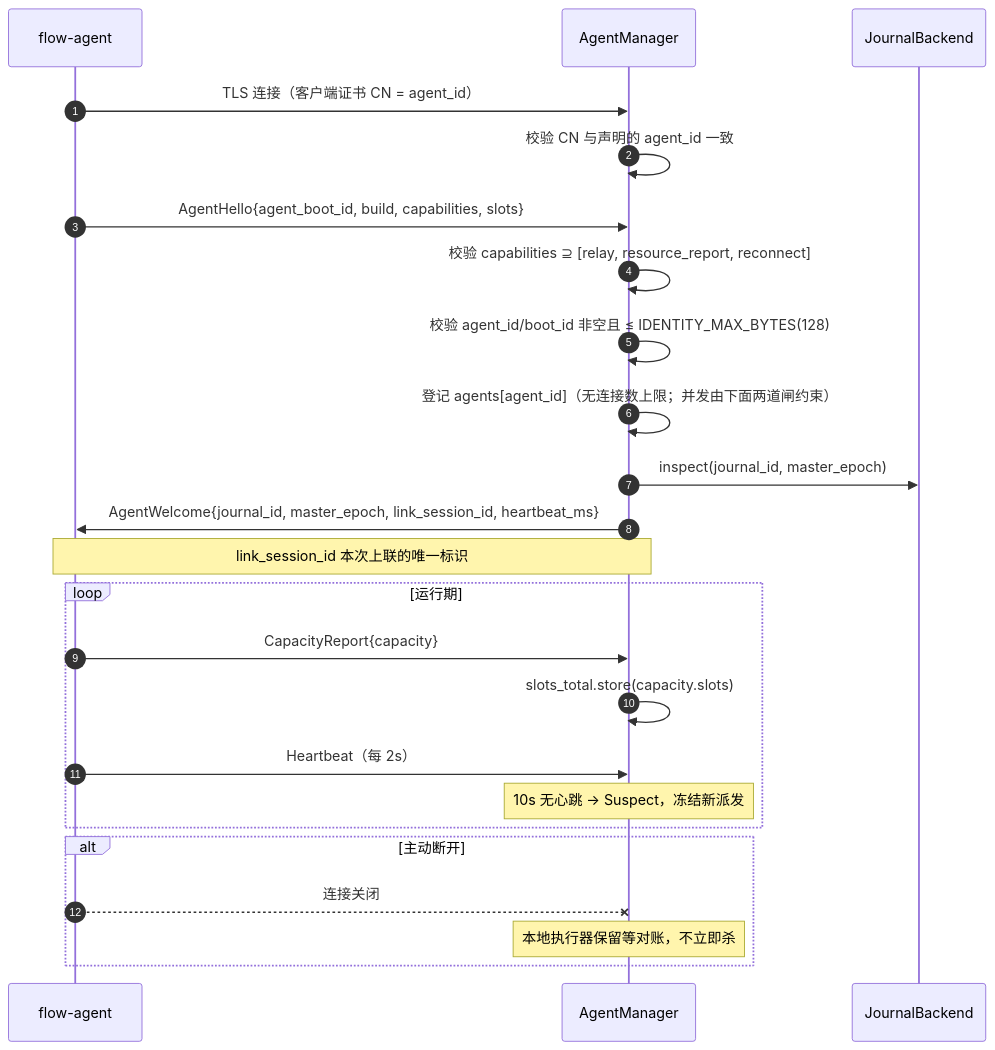
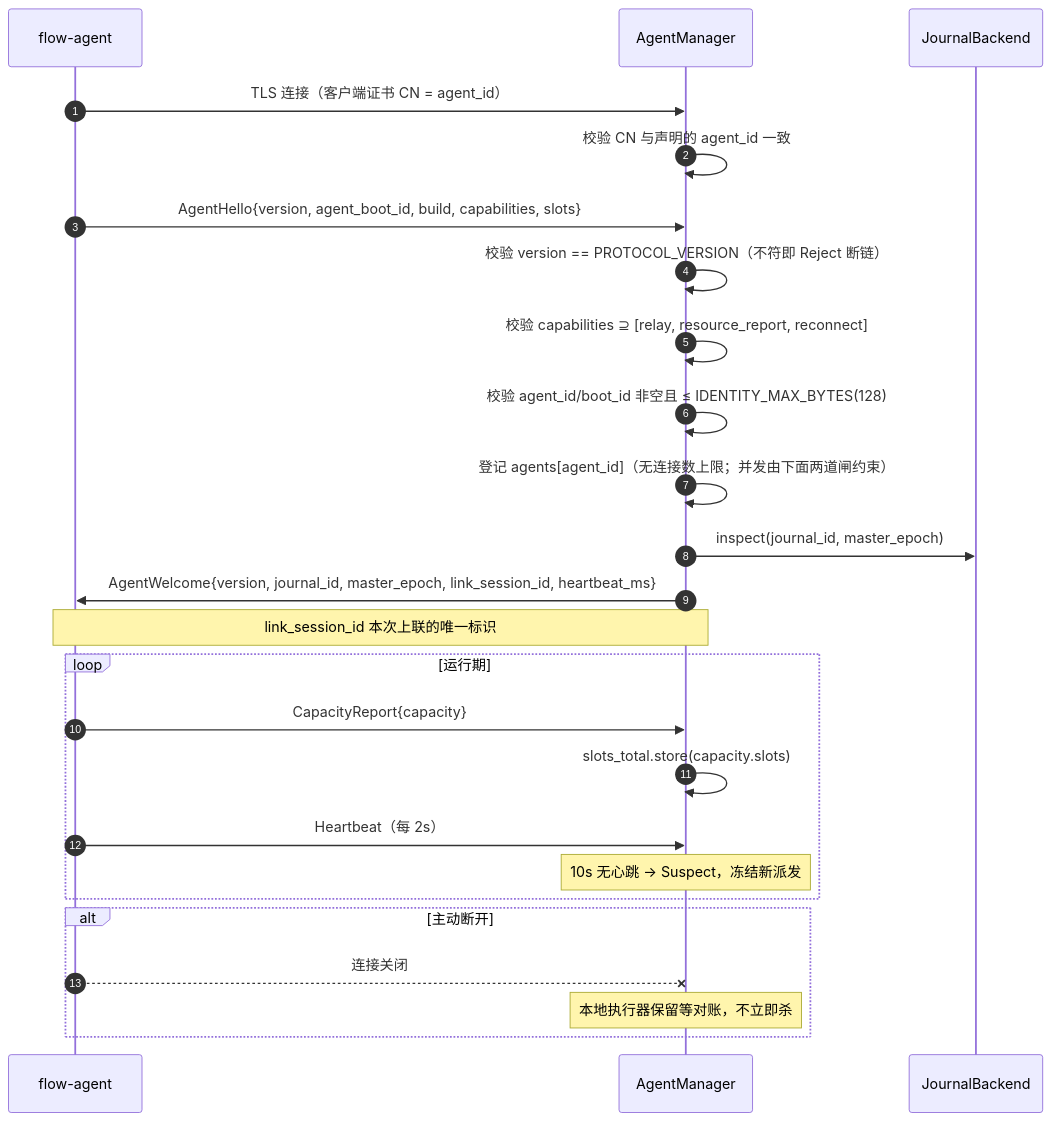
One commit to yeheng/flow changed diagram 13 of 21 in docs/DESIGN.md. Above: the diagram before and after it, drawn with Mermaid. The commit also changed 30 other files, not shown here.

````diff
--- a/docs/DESIGN.md
+++ b/docs/DESIGN.md
@@ -846,29 +846,30 @@
 ```mermaid
 sequenceDiagram
     autonumber
     participant AG as flow-agent
     participant AM as AgentManager
     participant BE as JournalBackend
 
     AG->>AM: TLS 连接（客户端证书 CN = agent_id）
     AM->>AM: 校验 CN 与声明的 agent_id 一致
-    AG->>AM: AgentHello{agent_boot_id, build, capabilities, slots}
+    AG->>AM: AgentHello{version, agent_boot_id, build, capabilities, slots}
+    AM->>AM: 校验 version == PROTOCOL_VERSION（不符即 Reject 断链）
     AM->>AM: 校验 capabilities ⊇ [relay, resource_report, reconnect]
     AM->>AM: 校验 agent_id/boot_id 非空且 ≤ IDENTITY_MAX_BYTES(128)
     AM->>AM: 登记 agents[agent_id]（无连接数上限；并发由下面两道闸约束）
     AM->>BE: inspect(journal_id, master_epoch)
-    AM->>AG: AgentWelcome{journal_id, master_epoch, link_session_id, heartbeat_ms}
+    AM->>AG: AgentWelcome{version, journal_id, master_epoch, link_session_id, heartbeat_ms}
     Note over AG,AM: link_session_id 本次上联的唯一标识
 
     loop 运行期
         AG->>AM: CapacityReport{capacity}
         AM->>AM: slots_total.store(capacity.slots)
         AG->>AM: Heartbeat（每 2s）
         Note over AM: 10s 无心跳 → Suspect，冻结新派发
     end
 
     alt 主动断开
         AG--xAM: 连接关闭
         Note over AM: 本地执行器保留等对账，不立即杀
     end
 ```
````
